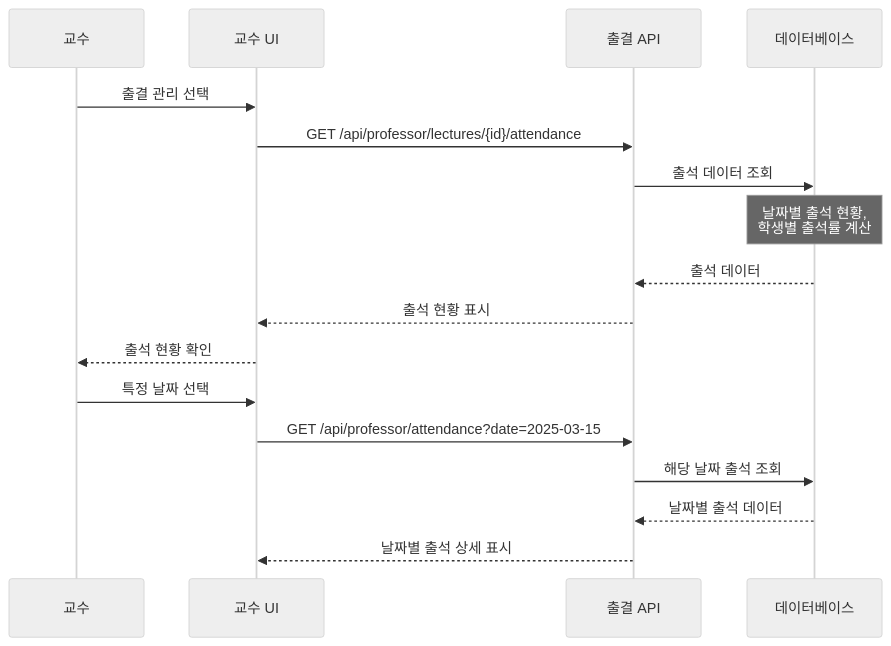
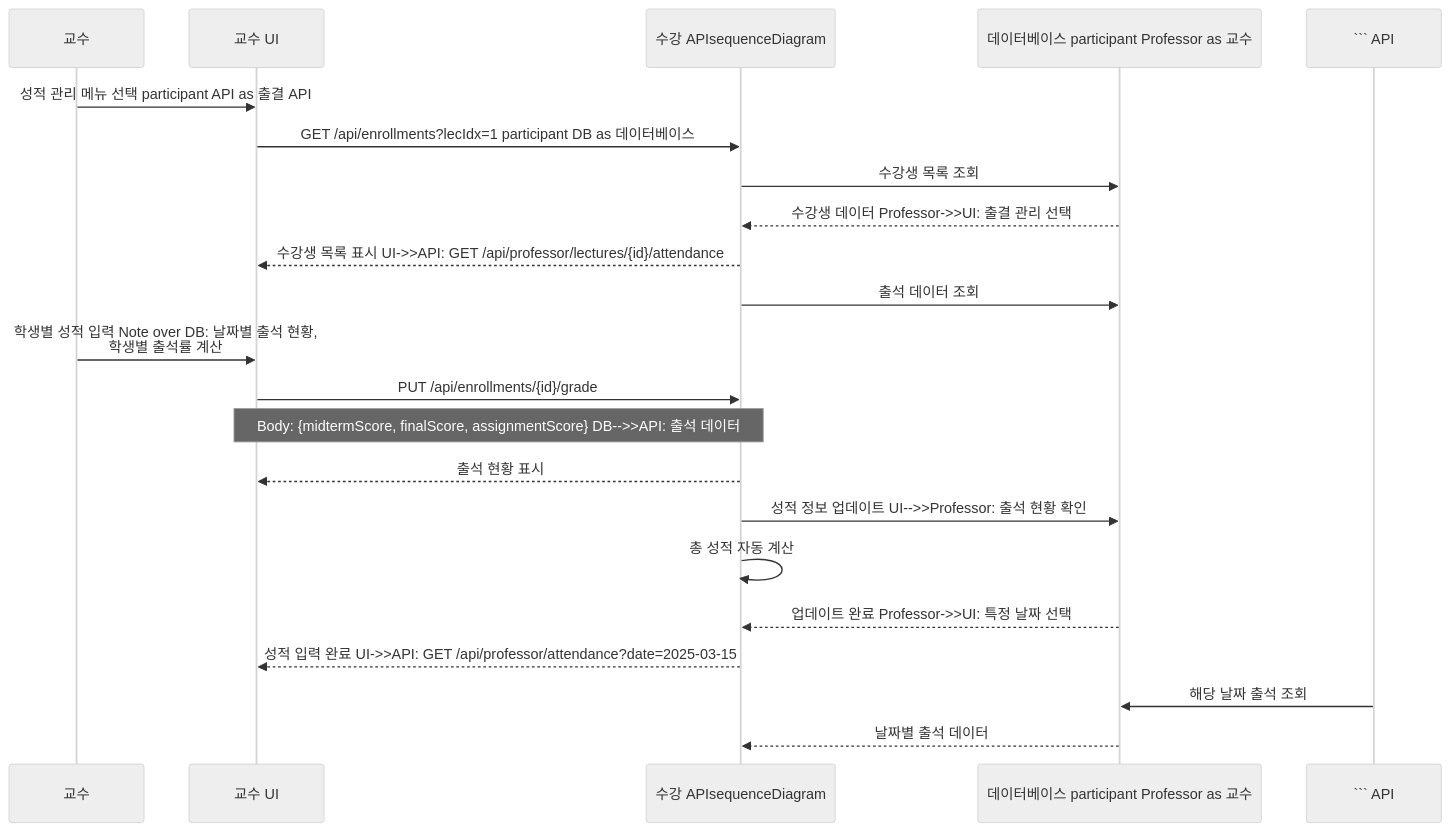
Before and after one commit to hooting76/blue-crab-lms: the fourth of 12 diagrams in backend/BlueCrab/docs/강의관련기능/05-교수플로우.md, drawn with Mermaid (neutral theme). The commit also changed other lines of this file and 17 other files, not shown here.

Commit message:
플로우 최신화.

````diff
--- a/backend/BlueCrab/docs/강의관련기능/05-교수플로우.md
+++ b/backend/BlueCrab/docs/강의관련기능/05-교수플로우.md
@@ -164,22 +767,49 @@
 ```mermaid
-sequenceDiagram
+
+sequenceDiagram### **3.1 출석 현황 조회**
+
     participant Professor as 교수
+
+    participant UI as 교수 UI```mermaid
+
+    participant API as 수강 APIsequenceDiagram
+
+    participant DB as 데이터베이스    participant Professor as 교수
+
     participant UI as 교수 UI
-    participant API as 출결 API
-    participant DB as 데이터베이스
 
-    Professor->>UI: 출결 관리 선택
-    UI->>API: GET /api/professor/lectures/{id}/attendance
-    API->>DB: 출석 데이터 조회
-    Note over DB: 날짜별 출석 현황,<br/>학생별 출석률 계산
+    Professor->>UI: 성적 관리 메뉴 선택    participant API as 출결 API
 
-    DB-->>API: 출석 데이터
-    API-->>UI: 출석 현황 표시
-    UI-->>Professor: 출석 현황 확인
+    UI->>API: GET /api/enrollments?lecIdx=1    participant DB as 데이터베이스
 
-    Professor->>UI: 특정 날짜 선택
-    UI->>API: GET /api/professor/attendance?date=2025-03-15
-    API->>DB: 해당 날짜 출석 조회
+    API->>DB: 수강생 목록 조회
+
+    DB-->>API: 수강생 데이터    Professor->>UI: 출결 관리 선택
+
+    API-->>UI: 수강생 목록 표시    UI->>API: GET /api/professor/lectures/{id}/attendance
+
+        API->>DB: 출석 데이터 조회
+
+    Professor->>UI: 학생별 성적 입력    Note over DB: 날짜별 출석 현황,<br/>학생별 출석률 계산
+
+    UI->>API: PUT /api/enrollments/{id}/grade
+
+    Note over UI,API: Body: {midtermScore, finalScore, assignmentScore}    DB-->>API: 출석 데이터
+
+        API-->>UI: 출석 현황 표시
+
+    API->>DB: 성적 정보 업데이트    UI-->>Professor: 출석 현황 확인
+
+    API->>API: 총 성적 자동 계산
+
+    DB-->>API: 업데이트 완료    Professor->>UI: 특정 날짜 선택
+
+    API-->>UI: 성적 입력 완료    UI->>API: GET /api/professor/attendance?date=2025-03-15
+
+```    API->>DB: 해당 날짜 출석 조회
+
     DB-->>API: 날짜별 출석 데이터
-    API-->>UI: 날짜별 출석 상세 표시
+
+### **성적 관리 API 엔드포인트**    API-->>UI: 날짜별 출석 상세 표시
+
 ```
````
